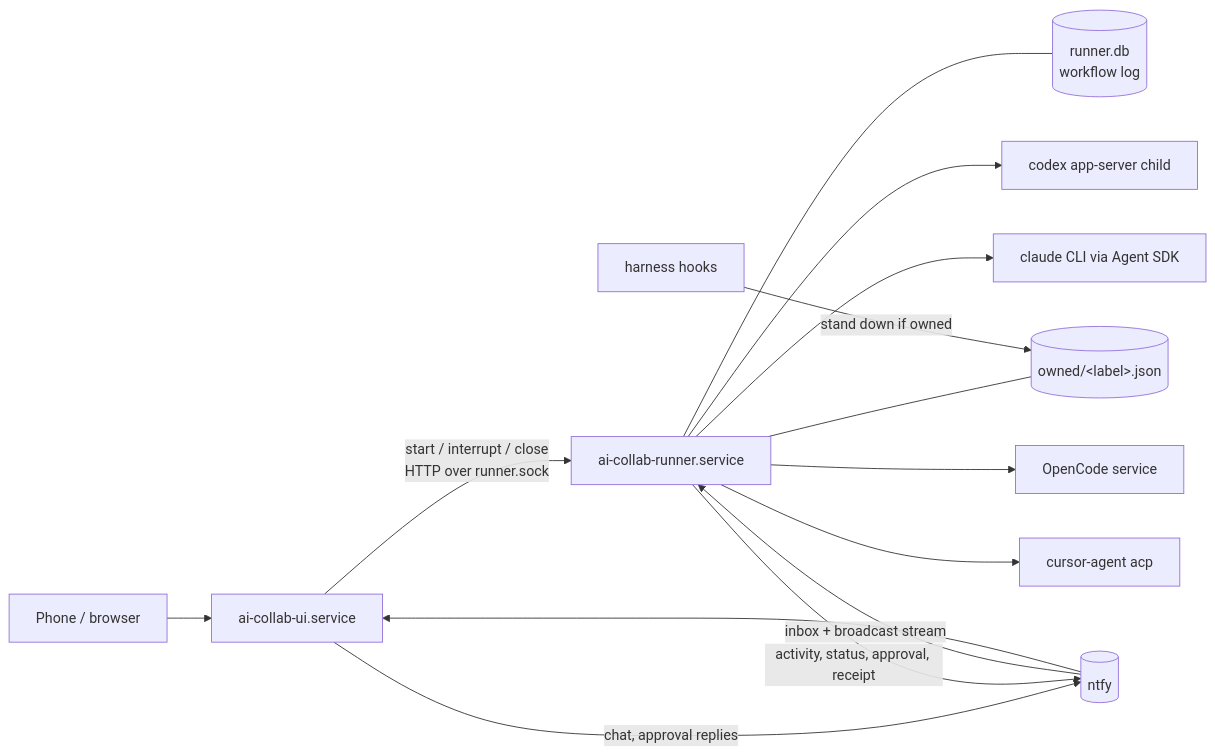
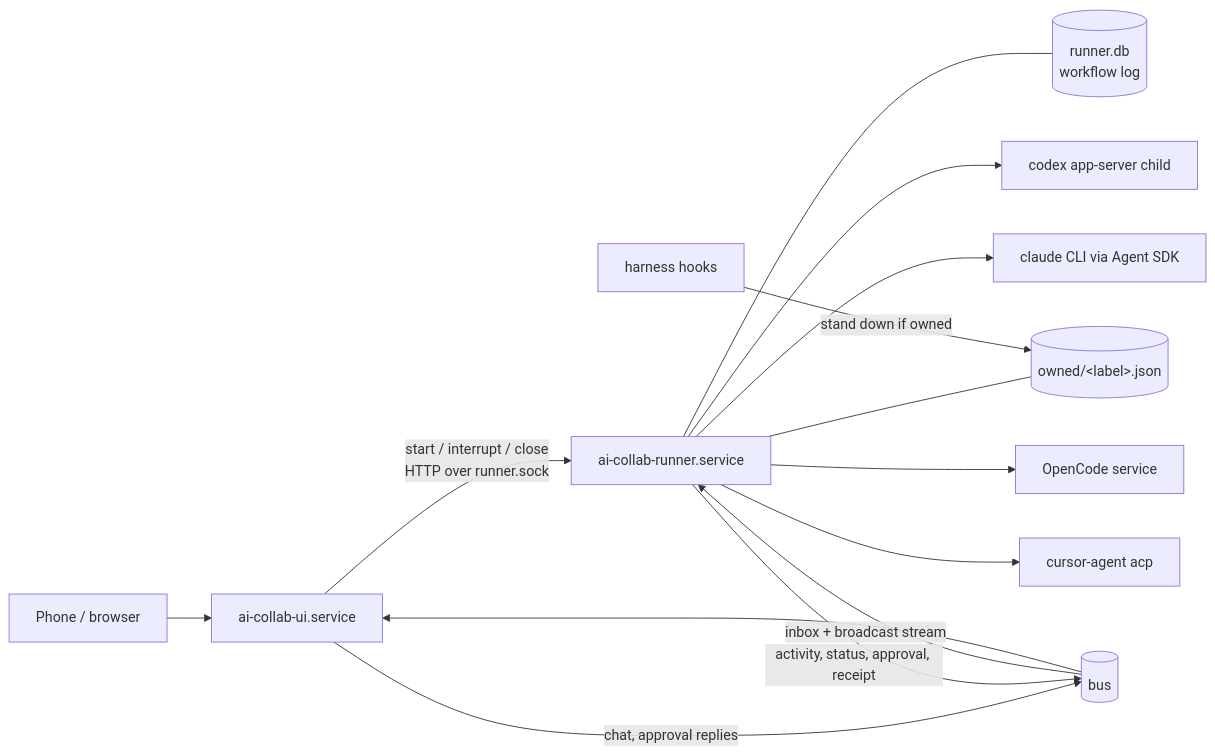
The diagram in docs/owned-sessions-contract.md (bcmyguest/ai-collab), drawn with Mermaid before and after one commit. The commit also changed other lines of this file and 64 other files, not shown here.

First line of the commit message:
feat(bus): replace the ntfy container with a local SQLite message bus

````diff
--- a/docs/owned-sessions-contract.md
+++ b/docs/owned-sessions-contract.md
@@ -31,16 +31,16 @@
 ```mermaid
 flowchart LR
   phone[Phone / browser] --> ui[ai-collab-ui.service]
   ui -- "start / interrupt / close<br/>HTTP over runner.sock" --> runner[ai-collab-runner.service]
-  ui -- "chat, approval replies" --> ntfy[(ntfy)]
-  ntfy -- "inbox + broadcast stream" --> runner
-  runner -- "activity, status, approval, receipt" --> ntfy
-  ntfy --> ui
+  ui -- "chat, approval replies" --> bus[(bus)]
+  bus -- "inbox + broadcast stream" --> runner
+  runner -- "activity, status, approval, receipt" --> bus
+  bus --> ui
   runner --- log[(runner.db<br/>workflow log)]
   runner --- owned[(owned/&lt;label&gt;.json)]
   runner --> codex[codex app-server child]
   runner --> claude[claude CLI via Agent SDK]
   runner --> oc[OpenCode service]
   runner --> cursor[cursor-agent acp]
   hooks[harness hooks] -- "stand down if owned" --> owned
 ```
````
